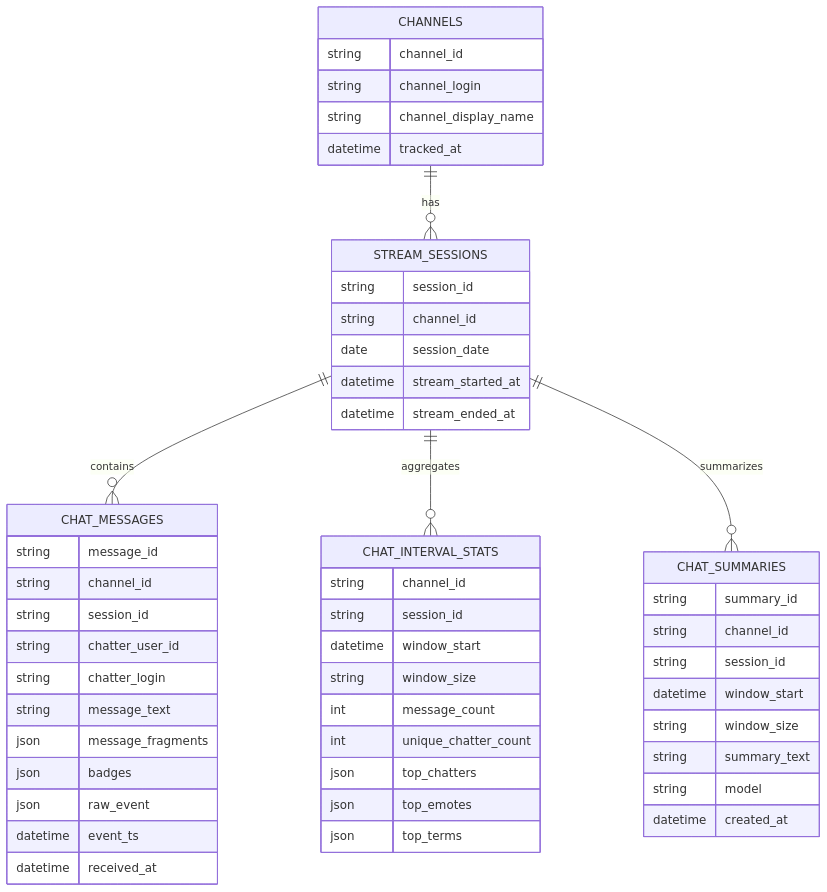
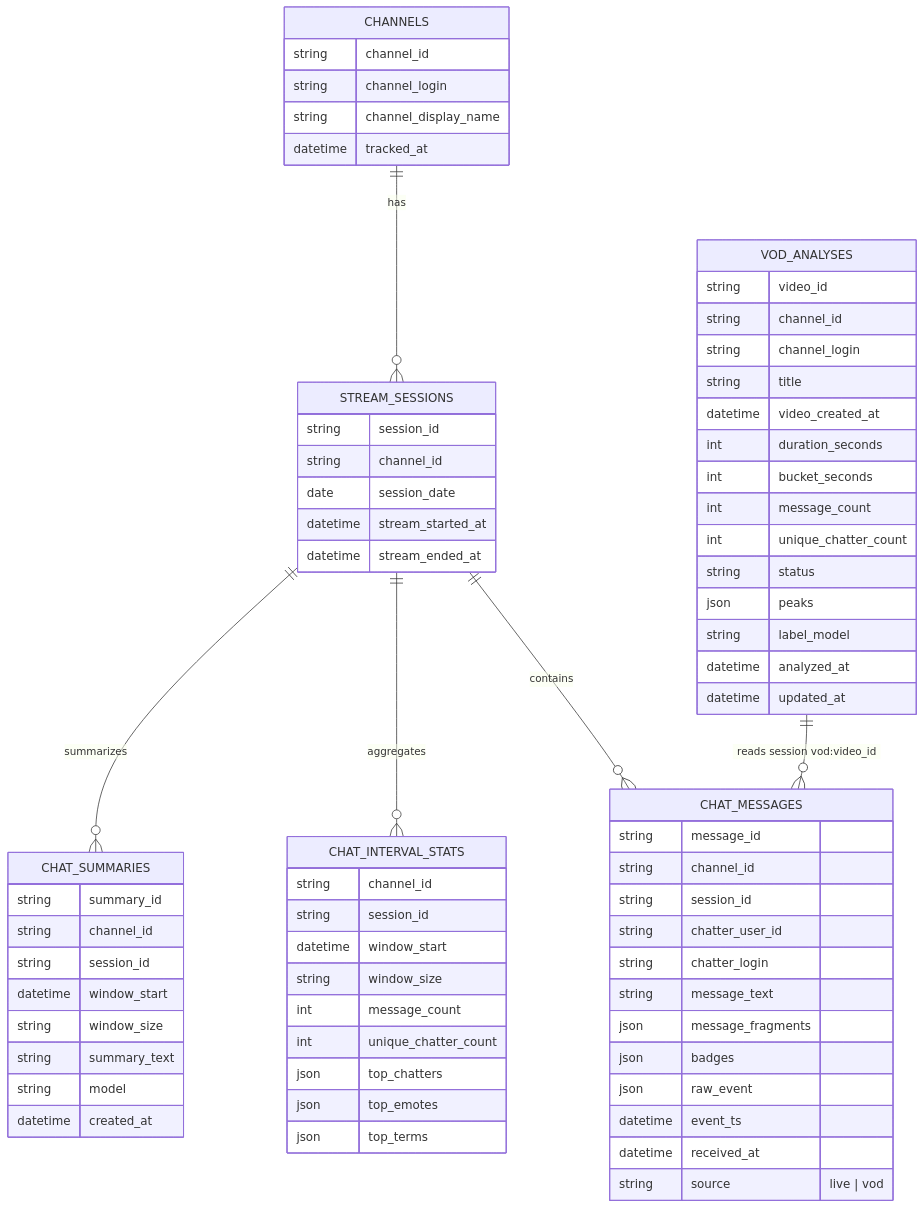
Before and after one commit to uwdivad/twitch_analyze: the fourth of 5 diagrams in docs/project-flow.md, drawn with Mermaid. The commit also changed other lines of this file and 7 other files, not shown here.

````diff
--- a/docs/project-flow.md
+++ b/docs/project-flow.md
@@ -92,59 +92,78 @@
 ```mermaid
 erDiagram
     CHANNELS ||--o{ STREAM_SESSIONS : has
     STREAM_SESSIONS ||--o{ CHAT_MESSAGES : contains
     STREAM_SESSIONS ||--o{ CHAT_INTERVAL_STATS : aggregates
     STREAM_SESSIONS ||--o{ CHAT_SUMMARIES : summarizes
+    VOD_ANALYSES ||--o{ CHAT_MESSAGES : "reads session vod:video_id"
 
     CHANNELS {
         string channel_id
         string channel_login
         string channel_display_name
         datetime tracked_at
     }
 
     STREAM_SESSIONS {
         string session_id
         string channel_id
         date session_date
         datetime stream_started_at
         datetime stream_ended_at
     }
 
     CHAT_MESSAGES {
         string message_id
         string channel_id
         string session_id
         string chatter_user_id
         string chatter_login
         string message_text
         json message_fragments
         json badges
         json raw_event
         datetime event_ts
         datetime received_at
+        string source "live | vod"
+    }
+
+    VOD_ANALYSES {
+        string video_id
+        string channel_id
+        string channel_login
+        string title
+        datetime video_created_at
+        int duration_seconds
+        int bucket_seconds
+        int message_count
+        int unique_chatter_count
+        string status
+        json peaks
+        string label_model
+        datetime analyzed_at
+        datetime updated_at
     }
 
     CHAT_INTERVAL_STATS {
         string channel_id
         string session_id
         datetime window_start
         string window_size
         int message_count
         int unique_chatter_count
         json top_chatters
         json top_emotes
         json top_terms
     }
 
     CHAT_SUMMARIES {
         string summary_id
         string channel_id
         string session_id
         datetime window_start
         string window_size
         string summary_text
         string model
         datetime created_at
     }
 ```
````
